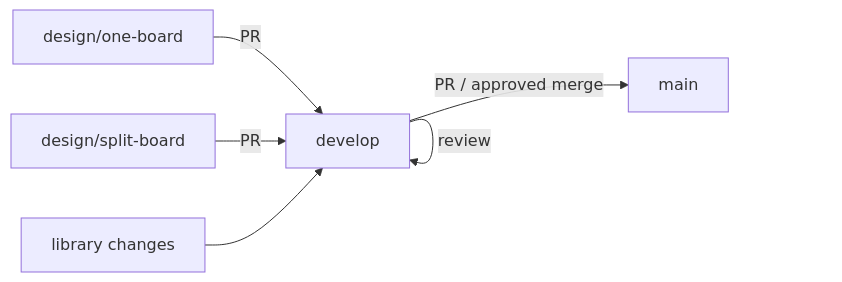
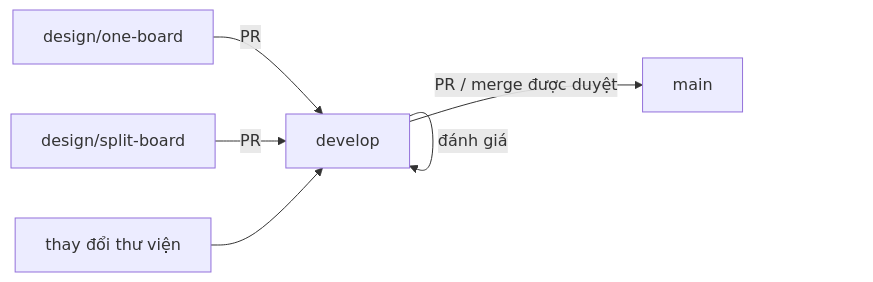
The diagram in Docs/workflow.md (whoisLePhuc/robot_charge_controller), drawn with Mermaid before and after one commit. The commit also changed other lines of this file, not shown here.

````diff
--- a/Docs/workflow.md
+++ b/Docs/workflow.md
@@ -48,8 +48,8 @@
 ```mermaid
 flowchart LR
     OB["design/one-board"] -->|PR| DEV["develop"]
     SB["design/split-board"] -->|PR| DEV
-    LIB["library changes"] --> DEV
-    DEV -->|review| DEV
-    DEV -->|PR / approved merge| MAIN["main"]
+    LIB["thay đổi thư viện"] --> DEV
+    DEV -->|đánh giá| DEV
+    DEV -->|PR / merge được duyệt| MAIN["main"]
 ```
````
